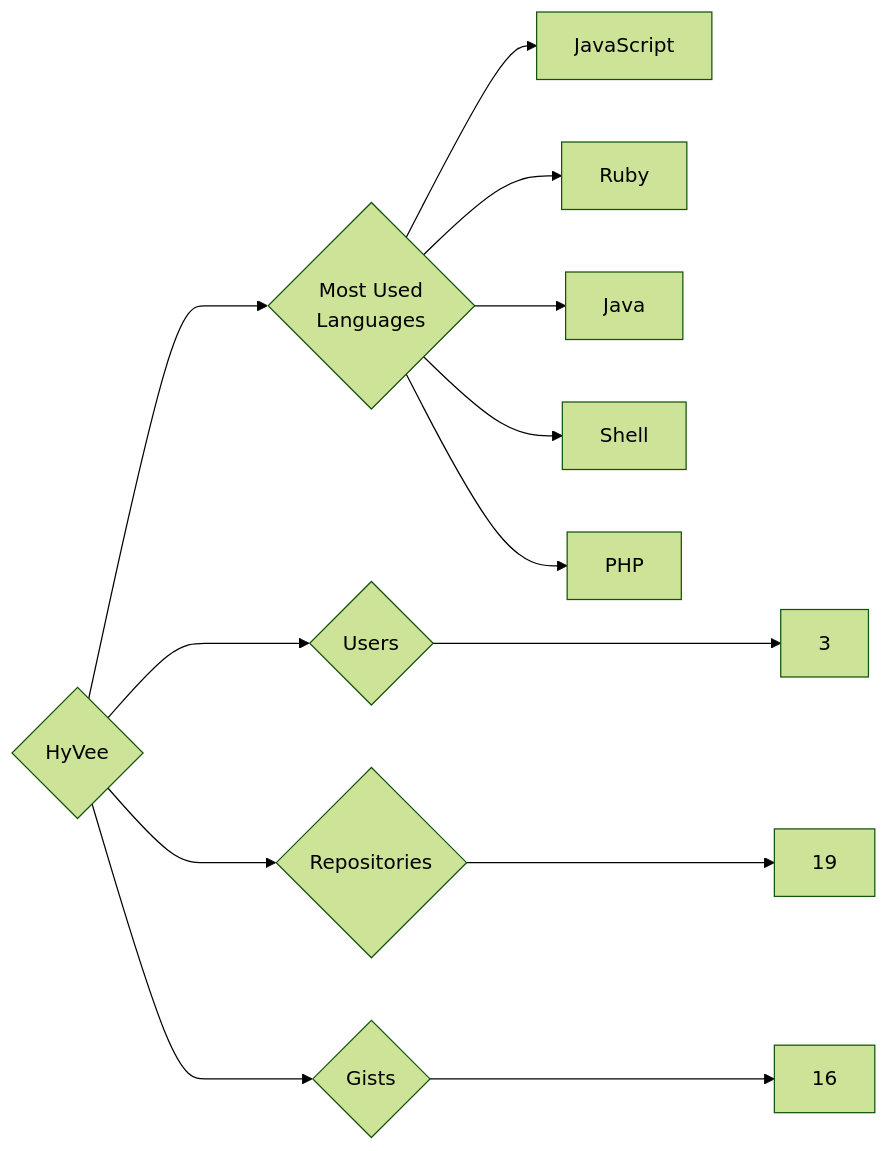
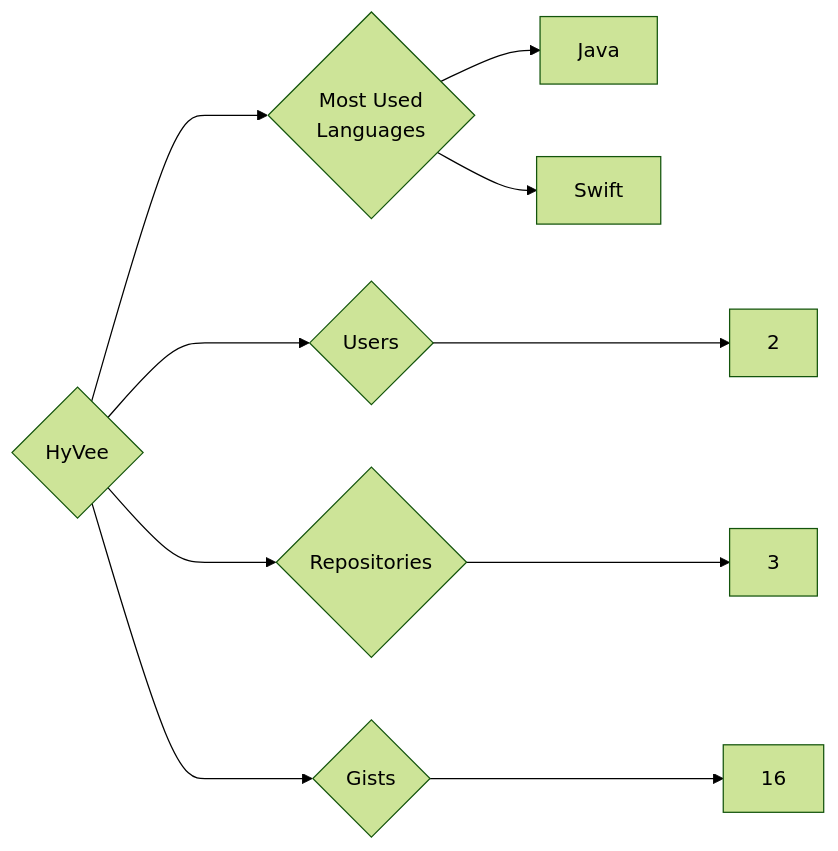
The diagram in targets/HyVee/README.md (trickest/insiders), drawn with Mermaid (forest theme) before and after one commit. The commit also changed 847 other files, not shown here.

````diff
--- a/targets/HyVee/README.md
+++ b/targets/HyVee/README.md
@@ -3,13 +3,10 @@
 ```mermaid
 graph LR
 COMPANY_NAME{HyVee}
-COMPANY_NAME ---> U{Users} ---> UN[3]
-COMPANY_NAME ---> R{Repositories} ---> RN[19]
+COMPANY_NAME ---> U{Users} ---> UN[2]
+COMPANY_NAME ---> R{Repositories} ---> RN[3]
 COMPANY_NAME ---> G{Gists} ---> GN[16]
 COMPANY_NAME ---> ML{Most Used<br>Languages}
-ML --> JavaScript[JavaScript]
-ML --> Ruby[Ruby]
 ML --> Java[Java]
-ML --> Shell[Shell]
-ML --> PHP[PHP]
+ML --> Swift[Swift]
 ```
````
